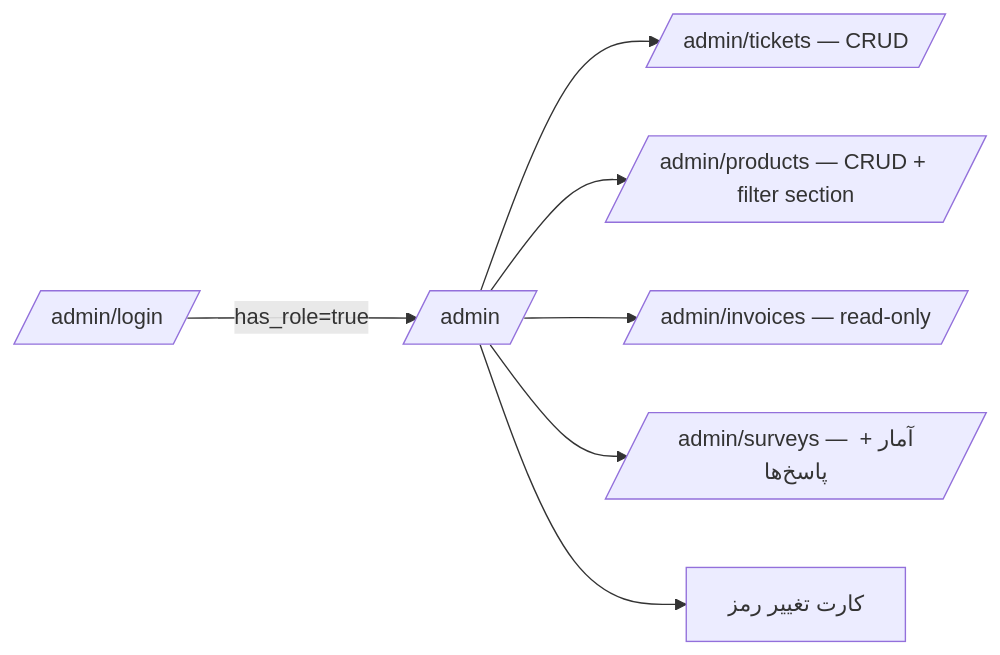
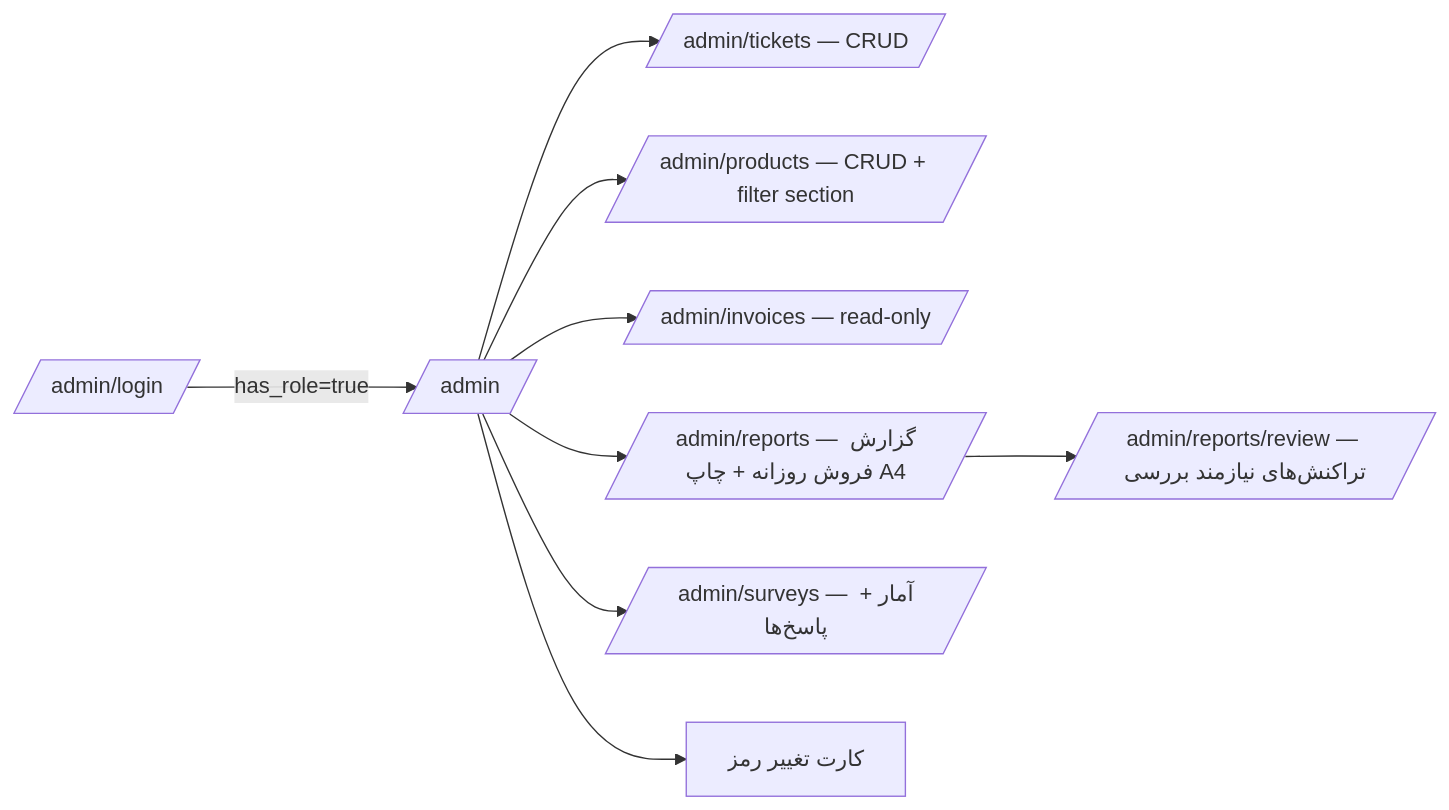
The eighth of 10 diagrams in README.md (daneshavaran123-lab/belitkiosk), drawn with Mermaid before and after one commit. The commit also changed other lines of this file and 7 other files, not shown here.

````diff
--- a/README.md
+++ b/README.md
@@ -307,9 +309,11 @@
 ```mermaid
 flowchart LR
   Login[/admin/login/] -->|has_role=true| Dash[/admin/]
   Dash --> T[/admin/tickets — CRUD/]
   Dash --> P[/admin/products — CRUD + filter section/]
   Dash --> I[/admin/invoices — read-only/]
+  Dash --> R[/admin/reports — گزارش فروش روزانه + چاپ A4/]
+  R --> RV[/admin/reports/review — تراکنش‌های نیازمند بررسی/]
   Dash --> S[/admin/surveys — آمار + پاسخ‌ها/]
   Dash --> CP[کارت تغییر رمز]
 ```
````
